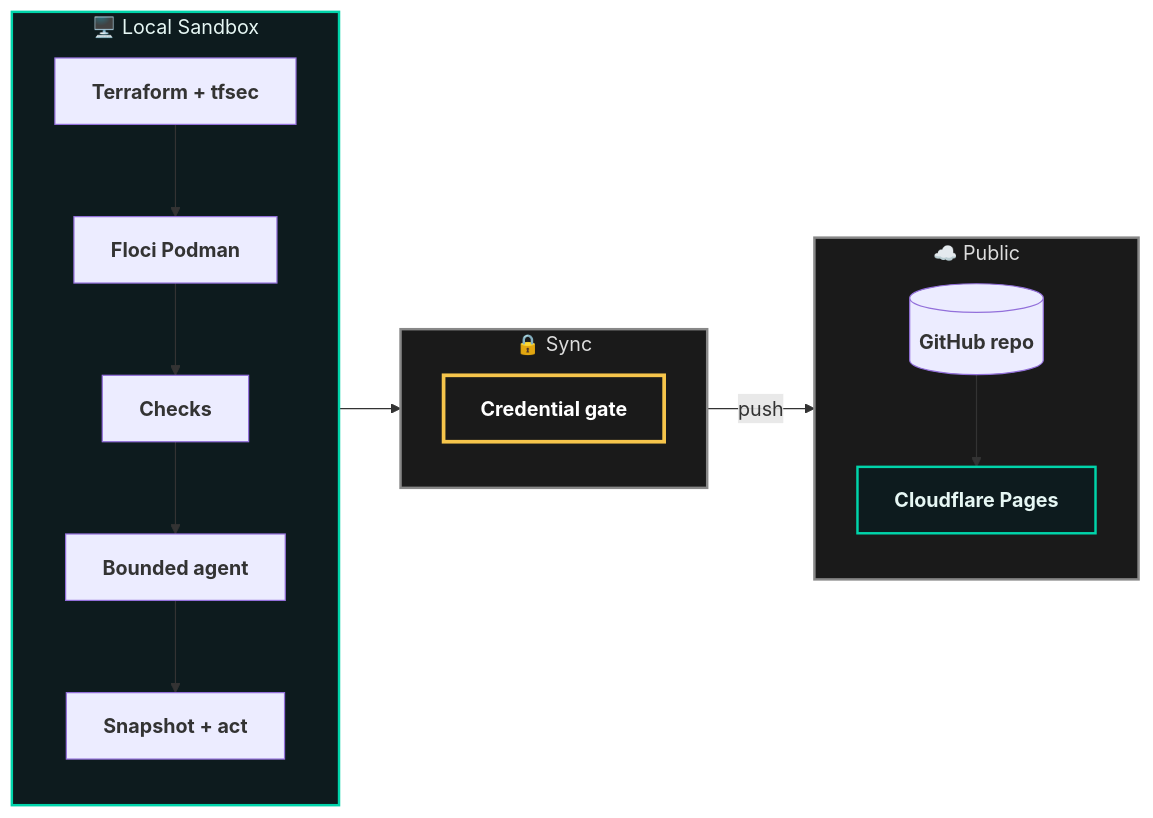
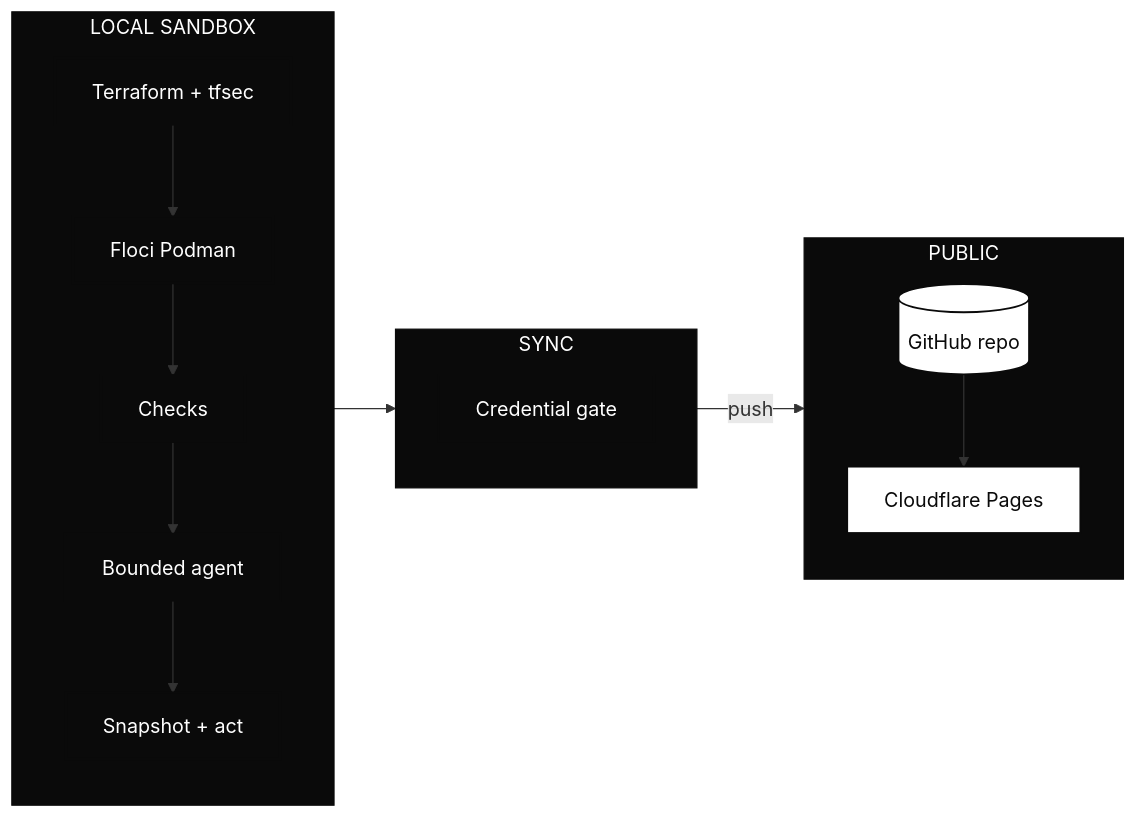
Before and after one commit to arifbazli/shift-left-cloud-sandbox: the diagram in docs/diagrams/local-sandbox.mmd, drawn with Mermaid. The commit also changed 8 other files, not shown here.

First line of the commit message:
docs: redesign diagrams in modern B&W aesthetic

```diff
--- a/docs/diagrams/local-sandbox.mmd
+++ b/docs/diagrams/local-sandbox.mmd
@@ -1,31 +1,35 @@
 flowchart LR
-    subgraph L["🖥️ Local Sandbox"]
+    subgraph L["LOCAL SANDBOX"]
         direction TB
-        TF["<b>Terraform + tfsec</b>"]
-        FL["<b>Floci Podman</b>"]
-        CK["<b>Checks</b>"]
-        AG["<b>Bounded agent</b>"]
-        SN["<b>Snapshot + act</b>"]
+        TF["Terraform + tfsec"]
+        FL["Floci Podman"]
+        CK["Checks"]
+        AG["Bounded agent"]
+        SN["Snapshot + act"]
         TF --> FL --> CK --> AG --> SN
     end
 
-    subgraph SY["🔒 Sync"]
+    subgraph SY["SYNC"]
         direction TB
-        GATE["<b>Credential gate</b>"]
+        GATE["Credential gate"]
         SN --> GATE
     end
 
-    subgraph C["☁️ Public"]
+    subgraph C["PUBLIC"]
         direction TB
-        REPO[("<b>GitHub repo</b>")]
-        PAGES["<b>Cloudflare Pages</b>"]
+        REPO[("GitHub repo")]
+        PAGES["Cloudflare Pages"]
         REPO --> PAGES
     end
 
     GATE -->|"push"| REPO
 
-    style L fill:#0d1b1e,stroke:#00d4aa,color:#e6f7f4,stroke-width:2px
-    style SY fill:#1a1a1a,stroke:#888888,color:#dddddd,stroke-width:2px
-    style C fill:#1a1a1a,stroke:#888888,color:#dddddd,stroke-width:2px
-    style GATE fill:#1a1a1a,stroke:#f6c54b,color:#ffffff,stroke-width:3px
-    style PAGES fill:#0d1b1e,stroke:#00d4aa,color:#e6f7f4,stroke-width:2px
+    classDef section fill:#0a0a0a,stroke:#0a0a0a,color:#ffffff,stroke-width:1px
+    classDef black fill:#0a0a0a,stroke:#0a0a0a,color:#ffffff,stroke-width:2px
+    classDef white fill:#ffffff,stroke:#0a0a0a,color:#0a0a0a,stroke-width:1.5px
+    classDef diamond fill:#0a0a0a,stroke:#0a0a0a,color:#ffffff,stroke-width:2px
+
+    class L,SY,C section
+    class TF,FL,CK,AG,SN black
+    class GATE diamond
+    class REPO,PAGES white
```
